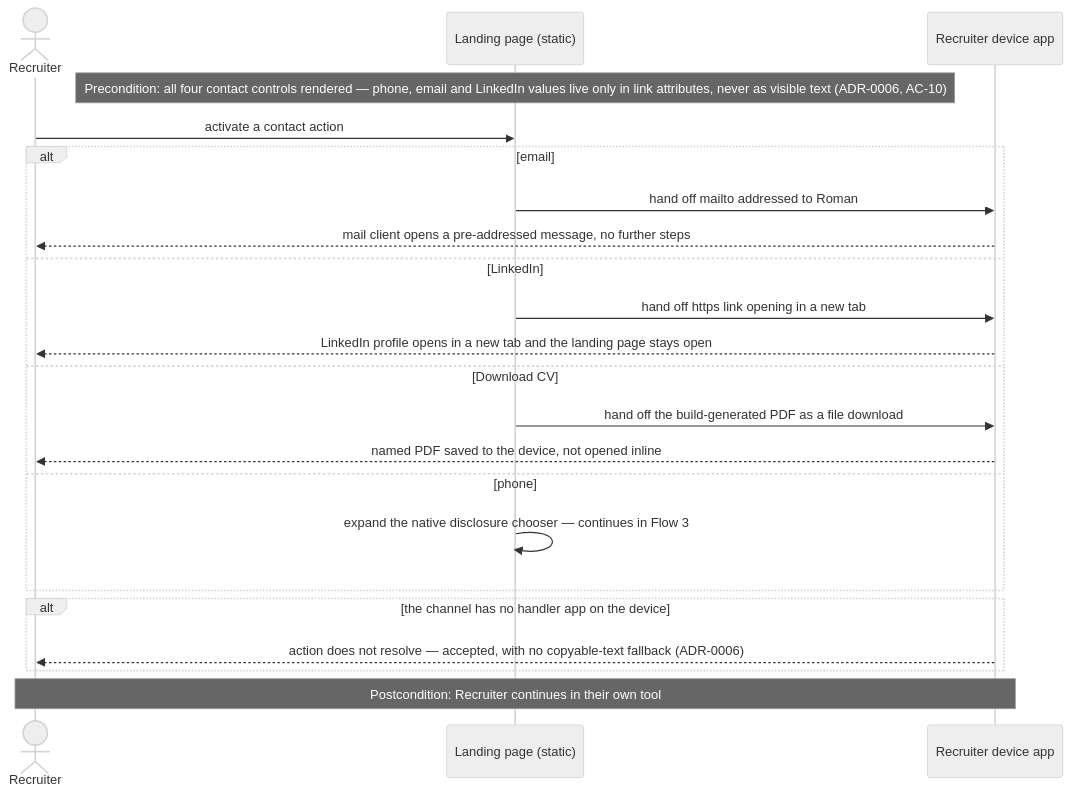
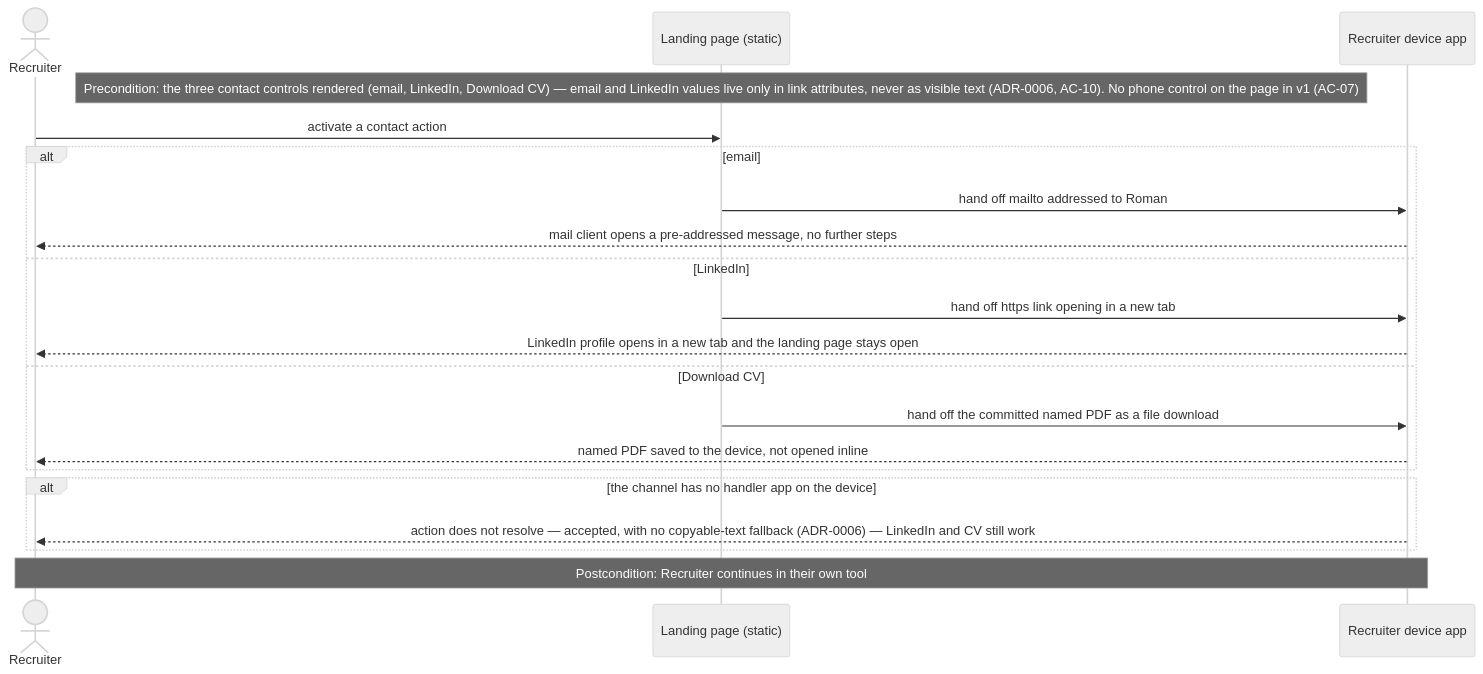
The fourth of 6 diagrams in docs/features/personal-landing/sad.md (financeasist/personal-page), drawn with Mermaid (neutral theme) before and after one commit. The commit also changed other lines of this file, not shown here.

First line of the commit message:
sequences: personal-landing — re-sync §6 to phone-out / About-in scope

````diff
--- a/docs/features/personal-landing/sad.md
+++ b/docs/features/personal-landing/sad.md
@@ -194,24 +199,22 @@
 ```mermaid
 sequenceDiagram
     actor Recruiter
     participant Page as Landing page (static)
     participant Device as Recruiter device app
-    Note over Page: Precondition: all four contact controls rendered — phone, email and LinkedIn values live only in link attributes, never as visible text (ADR-0006, AC-10)
+    Note over Page: Precondition: the three contact controls rendered (email, LinkedIn, Download CV) — email and LinkedIn values live only in link attributes, never as visible text (ADR-0006, AC-10). No phone control on the page in v1 (AC-07)
     Recruiter->>Page: activate a contact action
     alt email
         Page->>Device: hand off mailto addressed to Roman
         Device-->>Recruiter: mail client opens a pre-addressed message, no further steps
     else LinkedIn
         Page->>Device: hand off https link opening in a new tab
         Device-->>Recruiter: LinkedIn profile opens in a new tab and the landing page stays open
     else Download CV
-        Page->>Device: hand off the build-generated PDF as a file download
+        Page->>Device: hand off the committed named PDF as a file download
         Device-->>Recruiter: named PDF saved to the device, not opened inline
-    else phone
-        Page->>Page: expand the native disclosure chooser — continues in Flow 3
     end
     alt the channel has no handler app on the device
-        Device-->>Recruiter: action does not resolve — accepted, with no copyable-text fallback (ADR-0006)
+        Device-->>Recruiter: action does not resolve — accepted, with no copyable-text fallback (ADR-0006) — LinkedIn and CV still work
     end
     Note over Recruiter,Device: Postcondition: Recruiter continues in their own tool
 ```
````
